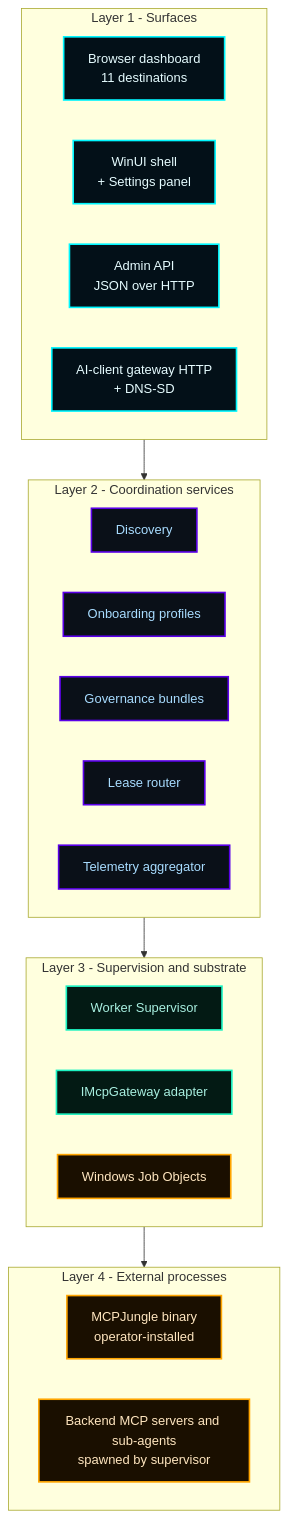
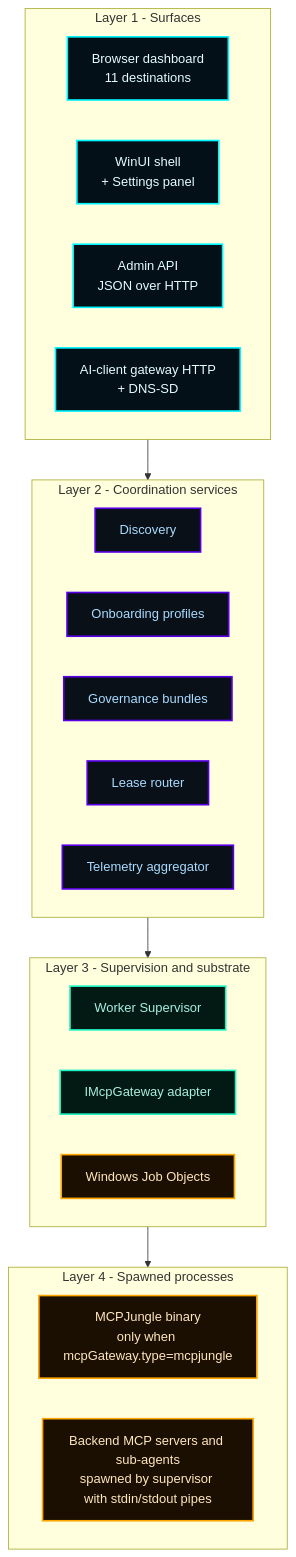
The third of 8 diagrams in docs/wiki/Architecture.md (flynn33/Master-Control-Orchestration-Server), drawn with Mermaid before and after one commit. The commit also changed other lines of this file and 16 other files, not shown here.

````diff
--- a/docs/wiki/Architecture.md
+++ b/docs/wiki/Architecture.md
@@ -142,41 +143,41 @@
 ```mermaid
 flowchart TB
     classDef A fill:#031018,stroke:#00F6FF,color:#E6FCFF,stroke-width:2px;
     classDef B fill:#0a1018,stroke:#5A00E8,color:#A8DCFF,stroke-width:2px;
     classDef C fill:#031a14,stroke:#1cf2c1,color:#a8efe0,stroke-width:2px;
     classDef D fill:#1a0f00,stroke:#FFA500,color:#FFE6BF,stroke-width:2px;
 
     subgraph L1[Layer 1 - Surfaces]
       direction LR
       DashboardL1[Browser dashboard<br/>11 destinations]:::A
       ShellL1[WinUI shell<br/>+ Settings panel]:::A
       AdminAPI[Admin API<br/>JSON over HTTP]:::A
       AIClientAPI[AI-client gateway HTTP<br/>+ DNS-SD]:::A
     end
 
     subgraph L2[Layer 2 - Coordination services]
       direction LR
       DiscSvc[Discovery]:::B
       OnboardSvc[Onboarding profiles]:::B
       GovSvc[Governance bundles]:::B
       LeaseSvc[Lease router]:::B
       TelSvc[Telemetry aggregator]:::B
     end
 
     subgraph L3[Layer 3 - Supervision and substrate]
       direction LR
       Supervisor[Worker Supervisor]:::C
       GatewayAdapter[IMcpGateway adapter]:::C
       JobObj[Windows Job Objects]:::D
     end
 
-    subgraph L4[Layer 4 - External processes]
+    subgraph L4[Layer 4 - Spawned processes]
       direction LR
-      JungleBin[MCPJungle binary<br/>operator-installed]:::D
-      Backends[Backend MCP servers and sub-agents<br/>spawned by supervisor]:::D
+      JungleBin[MCPJungle binary<br/>only when mcpGateway.type=mcpjungle]:::D
+      Backends[Backend MCP servers and sub-agents<br/>spawned by supervisor with stdin/stdout pipes]:::D
     end
 
     L1 --> L2
     L2 --> L3
     L3 --> L4
 ```
````
